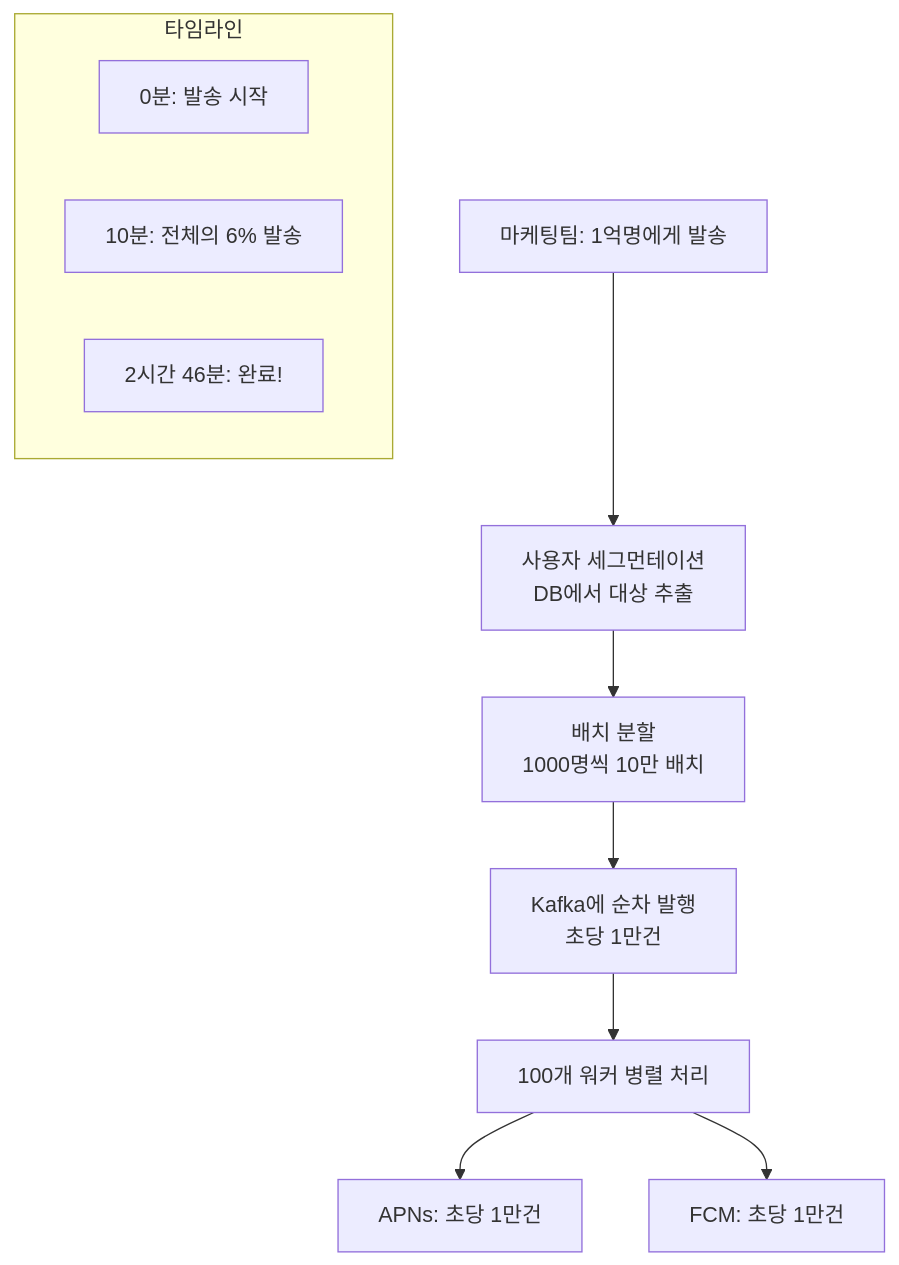
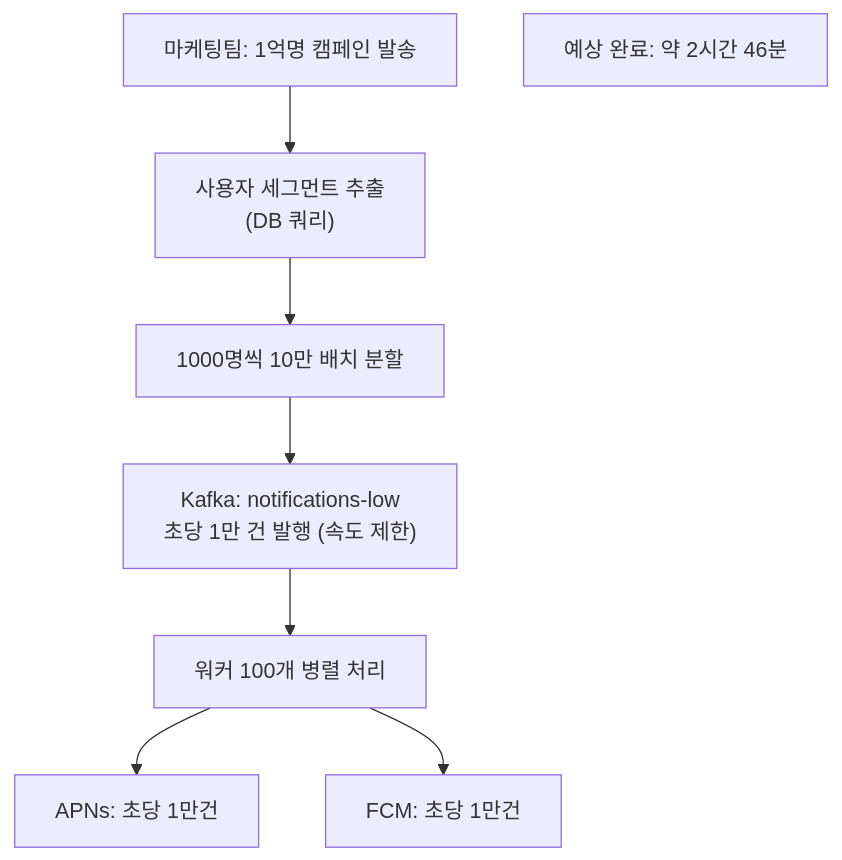
The sixth of 6 diagrams in _posts/systemdesign/2026-05-02-system-design-notification.md (yjkim2015/yjkim2015.github.io), drawn with Mermaid before and after one commit. The commit also changed other lines of this file and 122 other files, not shown here.

````diff
--- a/_posts/systemdesign/2026-05-02-system-design-notification.md
+++ b/_posts/systemdesign/2026-05-02-system-design-notification.md
@@ -540,16 +271,10 @@
 ```mermaid
 graph TD
-    Marketing["마케팅팀: 1억명에게 발송"]
-    Marketing --> Segmentation["사용자 세그먼테이션<br>DB에서 대상 추출"]
-    Segmentation --> Batching["배치 분할<br>1000명씩 10만 배치"]
-    Batching --> Kafka["Kafka에 순차 발행<br>초당 1만건"]
-    Kafka --> Workers["100개 워커 병렬 처리"]
+    Marketing["마케팅팀: 1억명 캠페인 발송"] --> Segment["사용자 세그먼트 추출<br>(DB 쿼리)"]
+    Segment --> Batch["1000명씩 10만 배치 분할"]
+    Batch --> Kafka["Kafka: notifications-low<br>초당 1만 건 발행 (속도 제한)"]
+    Kafka --> Workers["워커 100개 병렬 처리"]
     Workers --> APNs["APNs: 초당 1만건"]
     Workers --> FCM["FCM: 초당 1만건"]
-
-    subgraph "타임라인"
-        T1["0분: 발송 시작"]
-        T2["10분: 전체의 6% 발송"]
-        T3["2시간 46분: 완료!"]
-    end
+    Note["예상 완료: 약 2시간 46분"]
 ```
````
